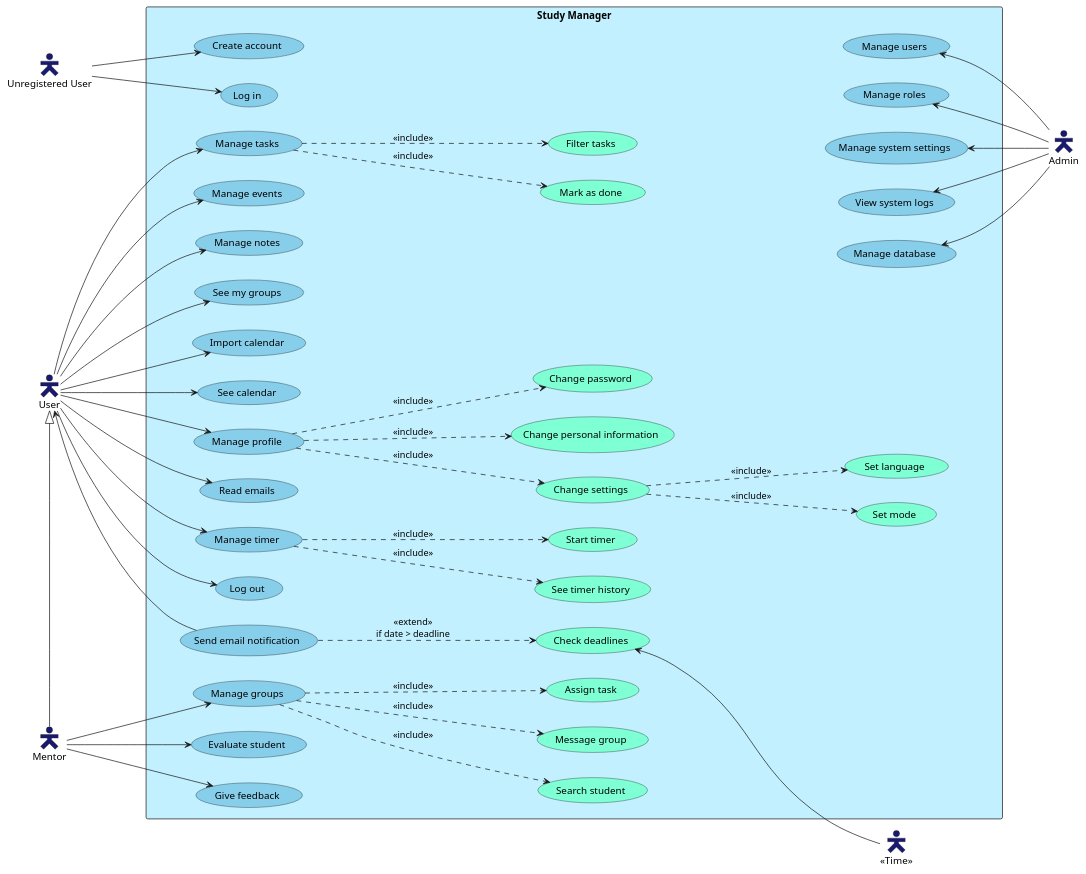
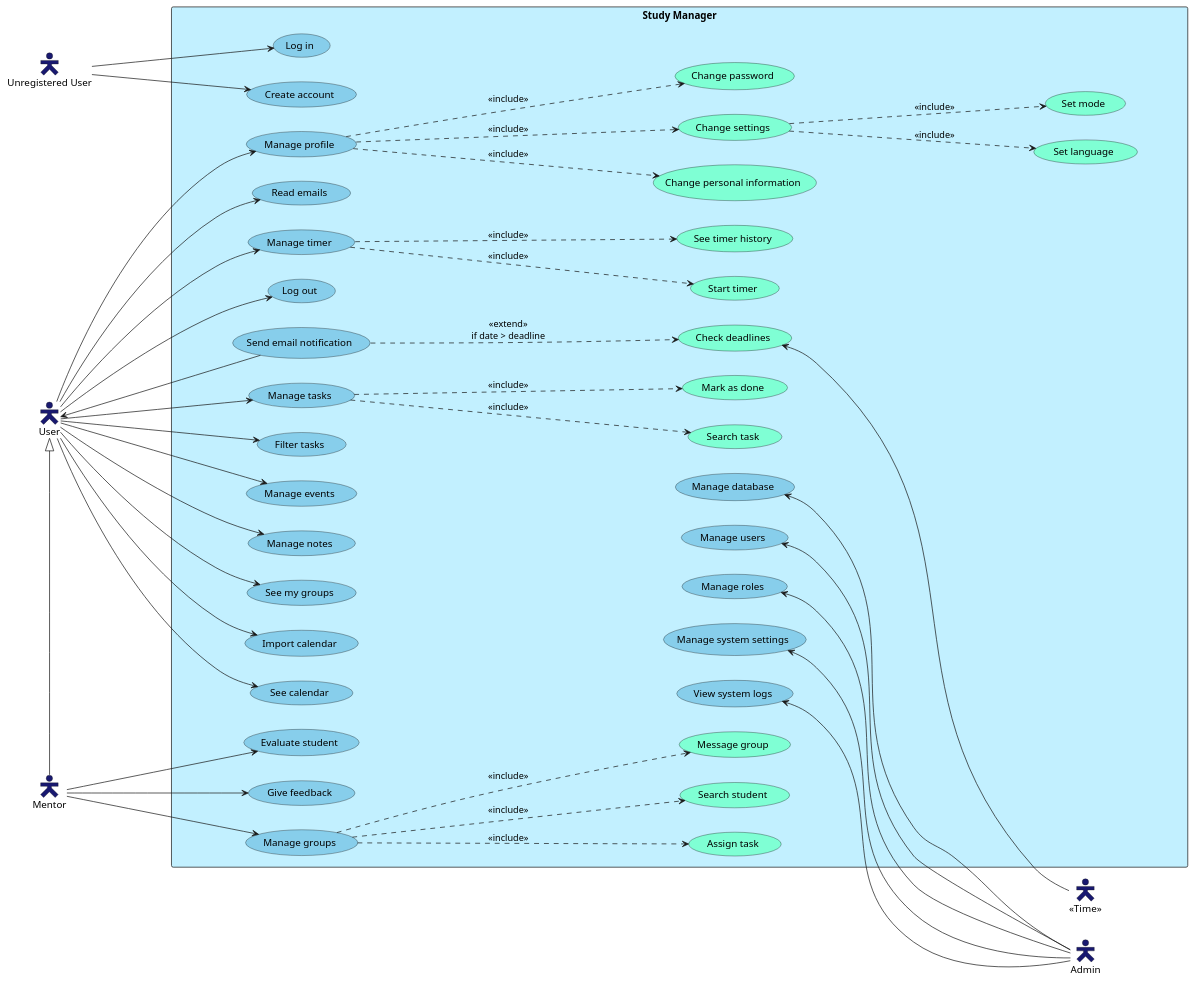
The diagram in docs/analysis/use-case.puml (pb138-study-manager/pb138), drawn with PlantUML before and after one commit. The commit also changed 2 other files, not shown here.

Commit message:
add: entity-relationship diagram

```diff
--- a/docs/analysis/use-case.puml
+++ b/docs/analysis/use-case.puml
@@ -8,120 +8,122 @@
 @startuml Study Manager 
 
 !pragma ratio 0.80
 
 left to right direction
 
 ' Style: (colors from https://sarafian.github.io/assets/images/posts/plantuml/2021-02-24-plantuml-tips-tricks-1/colors.svg)
 skinparam UsecaseBackgroundColor SkyBlue
 skinparam RectangleBackgroundColor APPLICATION
 skinparam ActorBackgroundColor MidnightBlue
 skinparam ActorStyle Hollow
 
 ' Actors:
 actor "Unregistered User" as unregisteredUser
 actor "User" as user
 actor "Mentor" as mentor
 actor "Admin" as admin
 'actor "<<System>>" as system
 actor "<<Time>>" as time
 
 ' System boundary:
 rectangle "Study Manager" as studyManager {
     ' unregistered user
     usecase "Create account" as createAccount
     usecase "Log in" as logIn
 
     ' logged in user
     usecase "Manage tasks" as manageTask
-    usecase "Filter tasks" as filter #aquamarine
+    usecase "Search task" as searchTask #aquamarine
     usecase "Mark as done" as markDone #aquamarine
+    usecase "Filter tasks" as filter
     usecase "Manage events" as manageEvent
     usecase "Manage notes" as manageNotes
     usecase "See my groups" as seeGroups
     usecase "Import calendar" as importCal
     usecase "See calendar" as seeCal
     usecase "Manage profile" as manageProfile
     usecase "Change personal information" as changePersonalInfo #aquamarine
     usecase "Change password" as changePassword #aquamarine
     usecase "Change settings" as settings #aquamarine
     usecase "Set language" as setLanguage #aquamarine
     usecase "Set mode" as setMode #aquamarine
     usecase "Read emails" as readEmails
     usecase "Manage timer" as manageTimer
     usecase "Start timer" as startTimer #aquamarine
     usecase "See timer history" as timerHistory #aquamarine
     usecase "Log out" as logOut
 
     ' mentor
     usecase "Manage groups" as manageGroup
     usecase "Assign task" as assignTask #aquamarine
     usecase "Search student" as searchStudent #aquamarine
     usecase "Message group" as messageGroup #aquamarine
     usecase "Evaluate student" as evaluateStudent
     usecase "Give feedback" as giveFeedback
     
     'admin or system
     usecase "Send email notification" as sendNotification
     usecase "Check deadlines" as checkDeadlines #aquamarine
     usecase "Manage users" as manageUsers
     usecase "Manage roles" as manageRoles
     usecase "Manage system settings" as manageSystemSettings
     usecase "View system logs" as viewLogs
     usecase "Manage database" as manageDatabase
 }
 
 ' Generalizations
 mentor -[norank]-|> user
 
 ' Includes and extends
-manageTask ..> filter : <<include>>
+manageTask ..> searchTask : <<include>>
 manageTask ..> markDone : <<include>>
 manageProfile ..> changePersonalInfo : <<include>>
 manageProfile ..> changePassword : <<include>>
 manageProfile ..> settings : <<include>>
 settings ..> setLanguage : <<include>>
 settings ..> setMode : <<include>>
 manageTimer ..> startTimer : <<include>>
 manageTimer ..> timerHistory : <<include>>
 
 manageGroup ..> assignTask : <<include>>
 manageGroup ..> searchStudent : <<include>>
 manageGroup ..> messageGroup : <<include>>
 
 sendNotification ..> checkDeadlines : <<extend>>\nif date > deadline
 
 ' Associations:
 unregisteredUser --> createAccount
 unregisteredUser --> logIn
 
 user --> manageTask
+user --> filter
 user --> manageEvent
 user --> manageNotes
 user --> seeGroups
 user --> importCal
 user --> seeCal
 user --> manageProfile
 user --> readEmails
 user --> manageTimer
 user --> logOut
 sendNotification --> user
 
 mentor --> manageGroup
 mentor --> evaluateStudent
 mentor --> giveFeedback
 
 checkDeadlines <-- time
 manageUsers <-- admin
 manageRoles <-- admin
 manageSystemSettings <-- admin
 viewLogs <-- admin
 manageDatabase <-- admin
 
 ' For layout purposes:
 filter <-[hidden]- manageUsers
 filter <-[hidden]- manageRoles
 filter <-[hidden]- manageSystemSettings
 filter <-[hidden]- viewLogs
 filter <-[hidden]- manageDatabase
 
 @enduml
```
